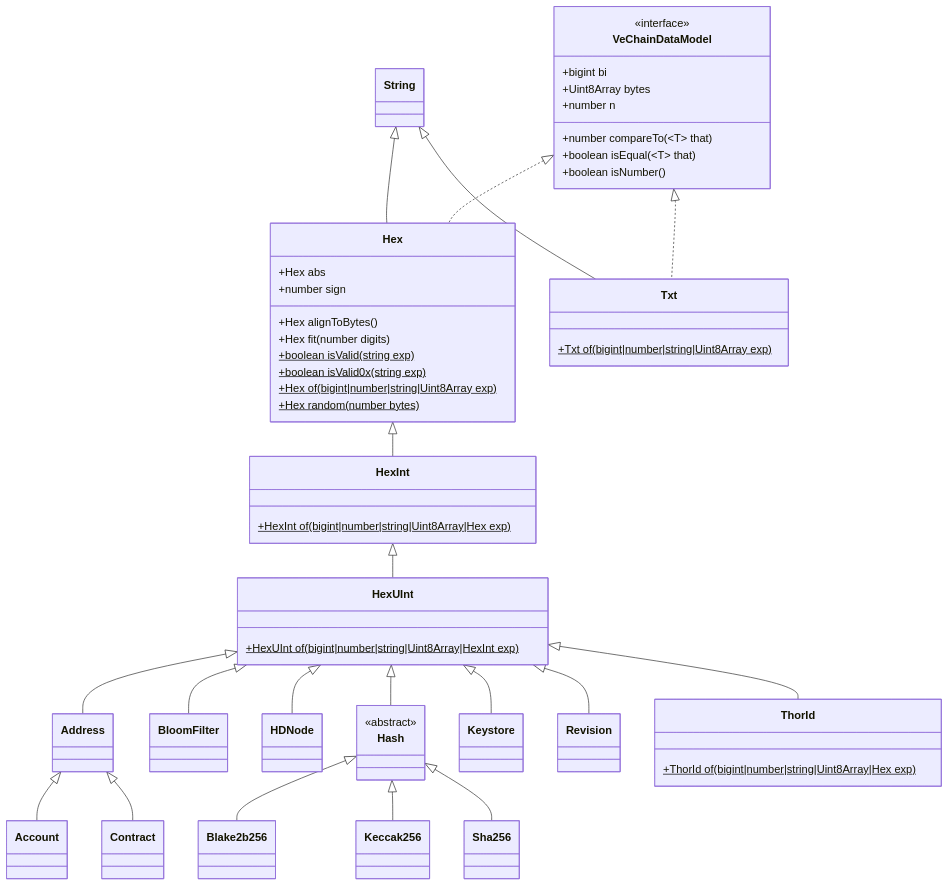
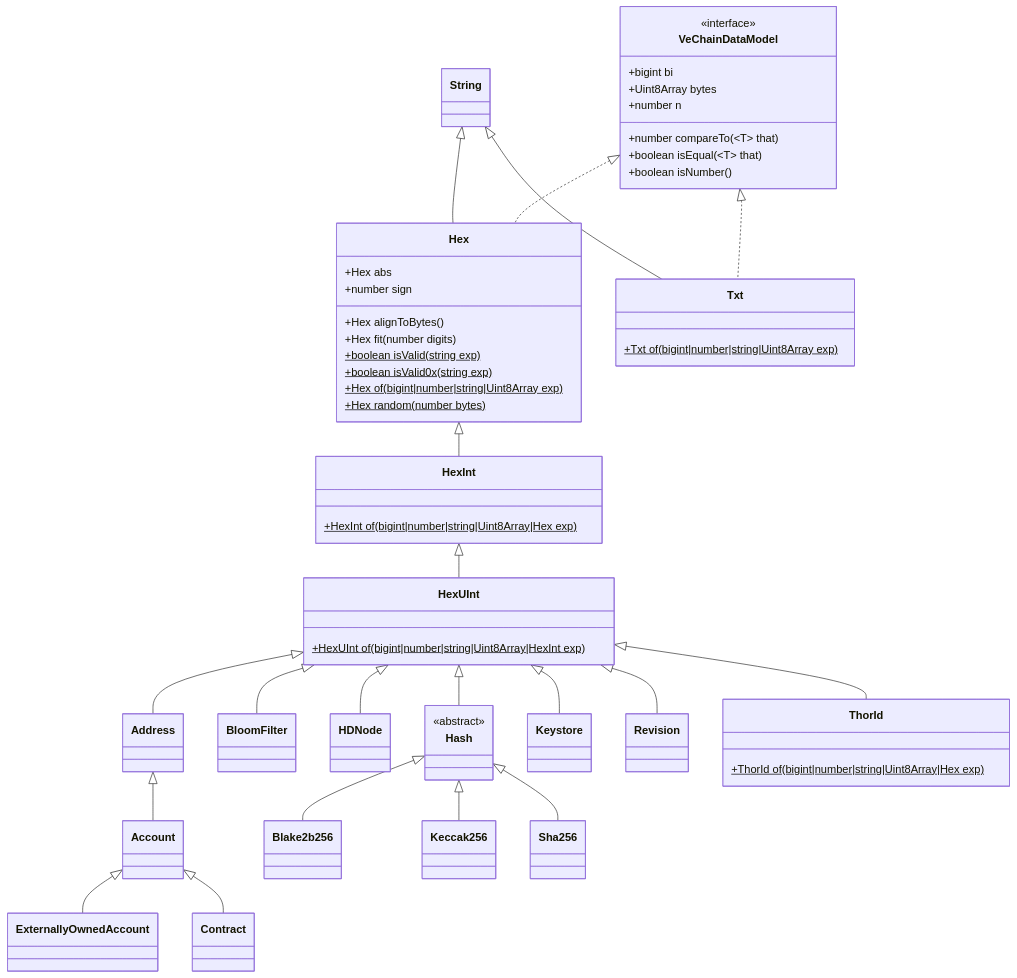
One commit to vechain/vechain-sdk-js changed the diagram in docs/diagrams/architecture/vcdm.md. Above: the diagram before and after it, drawn with Mermaid.

Commit message:
feat: vcdm diagram modified

````diff
--- a/docs/diagrams/architecture/vcdm.md
+++ b/docs/diagrams/architecture/vcdm.md
@@ -1,67 +1,69 @@
 ```mermaid
 classDiagram
     class Account
     class Address
     class Blake2b256
     class BloomFilter
     class Contract
+    class ExternallyOwnedAccount
     class HDNode
     class Hash {
         <<abstract>>
     }
     class Hex {
         +Hex abs
         +number sign
         +Hex alignToBytes()
         +Hex fit(number digits)
         +boolean isValid(string exp)$
         +boolean isValid0x(string exp)$
         +Hex of(bigint|number|string|Uint8Array exp)$
         +Hex random(number bytes)$
     }
     class HexInt {
         +HexInt of(bigint|number|string|Uint8Array|Hex exp)$
     }
     class HexUInt {
         +HexUInt of(bigint|number|string|Uint8Array|HexInt exp)$
     }
     class Keccak256 
     class Keystore
     class Revision
     class Sha256
     class String
     class ThorId {
         +ThorId of(bigint|number|string|Uint8Array|Hex exp)$
     }
     class Txt {
         +Txt of(bigint|number|string|Uint8Array exp)$
     }
     class String
     class VeChainDataModel{
         <<interface>>
       +bigint bi
       +Uint8Array bytes
       +number n
       +number compareTo(~T~ that)
       +boolean isEqual(~T~ that)
       +boolean isNumber()
     }
     Address <|-- Account
-    Address <|-- Contract
+    Account <|-- ExternallyOwnedAccount
+    Account <|-- Contract
     Hash <|-- Blake2b256
     Hash <|-- Keccak256
     Hash <|-- Sha256
     Hex <|-- HexInt
     HexUInt <|-- Address
     HexUInt <|-- BloomFilter
     HexUInt <|-- HDNode
     HexInt <|-- HexUInt
     HexUInt <|-- Hash
     HexUInt <|-- ThorId
     HexUInt <|-- Keystore
     HexUInt <|-- Revision
     String <|-- Hex
     String <|-- Txt
     VeChainDataModel <|.. Hex
     VeChainDataModel <|.. Txt
 ```
````
